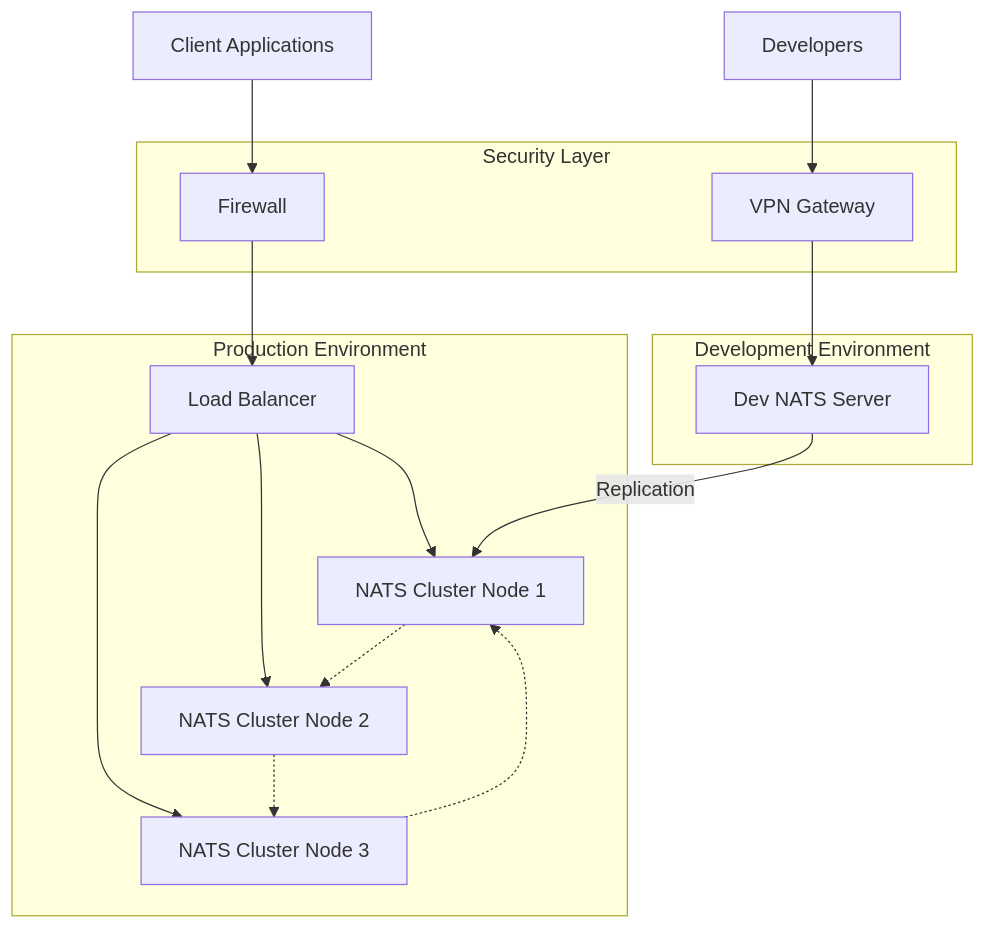
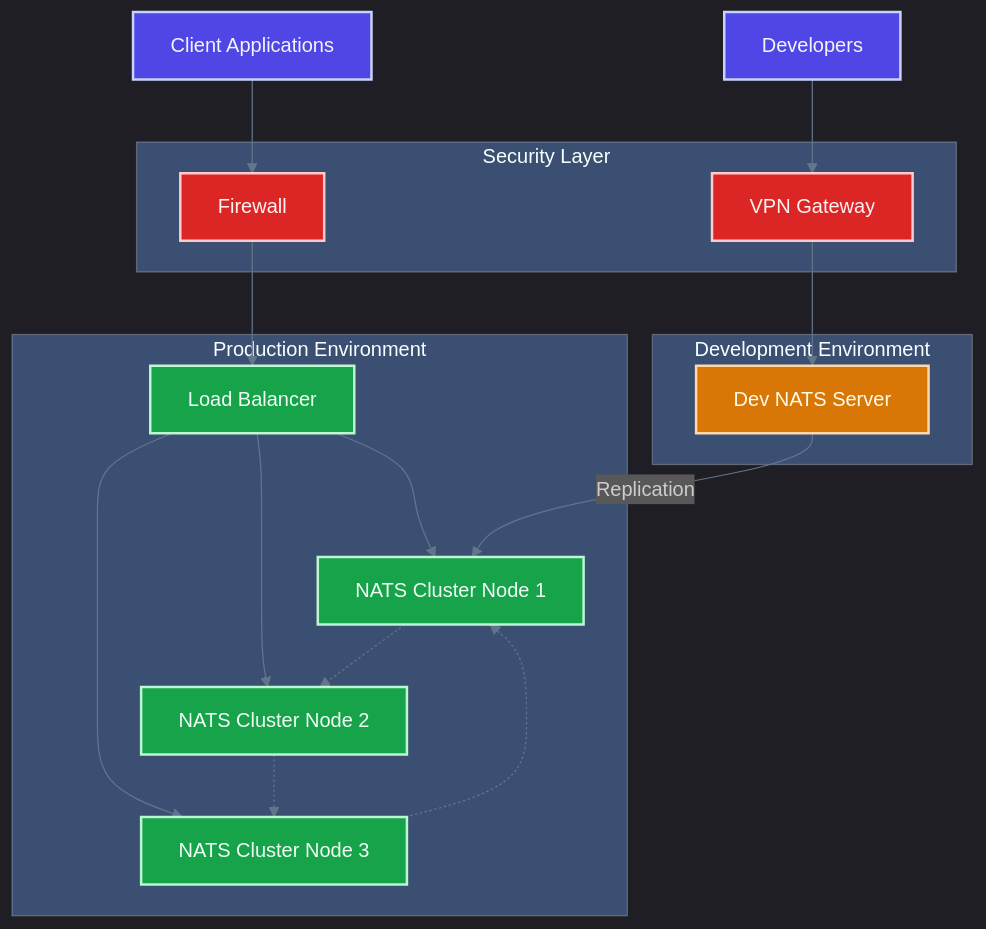
Before and after one commit to TheCowboyAI/cim-start: the diagram in .claude/agents/network-expert.md, drawn with Mermaid. The commit also changed other lines of this file and 33 other files, not shown here.

````diff
--- a/.claude/agents/network-expert.md
+++ b/.claude/agents/network-expert.md
@@ -215,23 +219,34 @@
 ```mermaid
+%%{init: {"theme":"dark","themeVariables":{"primaryColor":"#4f46e5","primaryTextColor":"#f8fafc","primaryBorderColor":"#6366f1","lineColor":"#64748b","secondaryColor":"#1e293b","tertiaryColor":"#0f172a","background":"#0f172a","mainBkg":"#1e293b","secondBkg":"#334155","tertiaryBkg":"#475569"}}}%%
 graph TB
     subgraph "Production Environment"
         LB[Load Balancer] --> N1[NATS Cluster Node 1]
         LB --> N2[NATS Cluster Node 2] 
         LB --> N3[NATS Cluster Node 3]
         N1 -.-> N2
         N2 -.-> N3
         N3 -.-> N1
     end
     
     subgraph "Development Environment"
         DEV[Dev NATS Server] --> |Replication| N1
     end
     
     subgraph "Security Layer"
         FW[Firewall] --> LB
         VPN[VPN Gateway] --> DEV
     end
     
     CLIENT[Client Applications] --> FW
     DEVS[Developers] --> VPN
+    
+    classDef prodNode fill:#16a34a,stroke:#bbf7d0,stroke-width:2px,color:#f0fdf4
+    classDef devNode fill:#d97706,stroke:#fed7aa,stroke-width:2px,color:#fffbeb
+    classDef securityNode fill:#dc2626,stroke:#fecaca,stroke-width:2px,color:#fef2f2
+    classDef clientNode fill:#4f46e5,stroke:#c7d2fe,stroke-width:2px,color:#f1f5f9
+    
+    class LB,N1,N2,N3 prodNode
+    class DEV devNode
+    class FW,VPN securityNode
+    class CLIENT,DEVS clientNode
 ```
````
